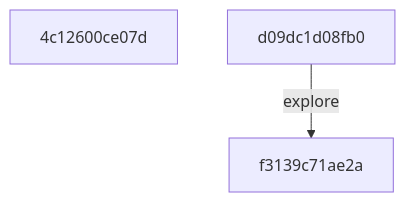
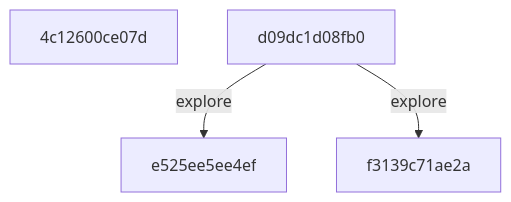
One commit to timbtz/feyer-search-lab changed the diagram in README.md. Above: the diagram before and after it, drawn with Mermaid. The commit also changed other lines of this file and 1 other file, not shown here.

Commit message:
research: timbtz

````diff
--- a/README.md
+++ b/README.md
@@ -23,7 +23,9 @@
 ```mermaid
 graph TD
   c0["4c12600ce07d"]
   c1["d09dc1d08fb0"]
-  c2["f3139c71ae2a"]
+  c2["e525ee5ee4ef"]
+  c3["f3139c71ae2a"]
   c1 -->|explore| c2
+  c1 -->|explore| c3
 ```
````
